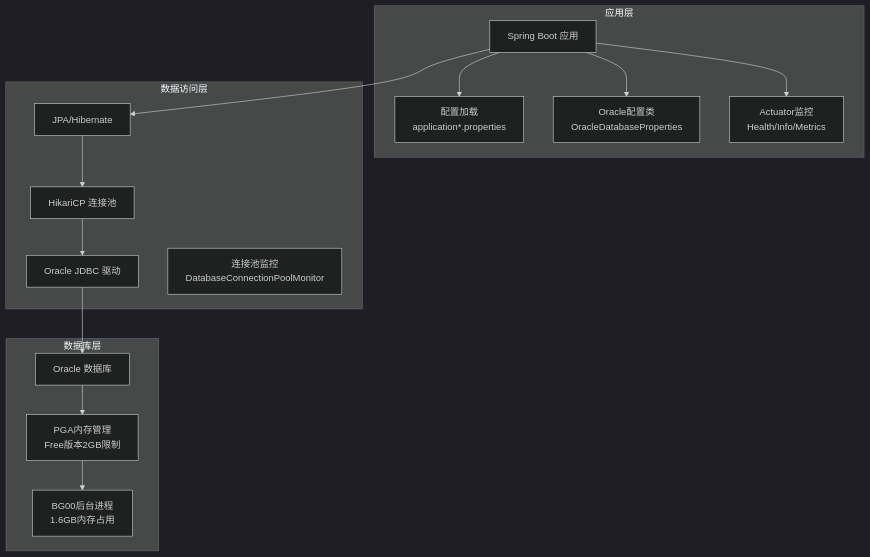
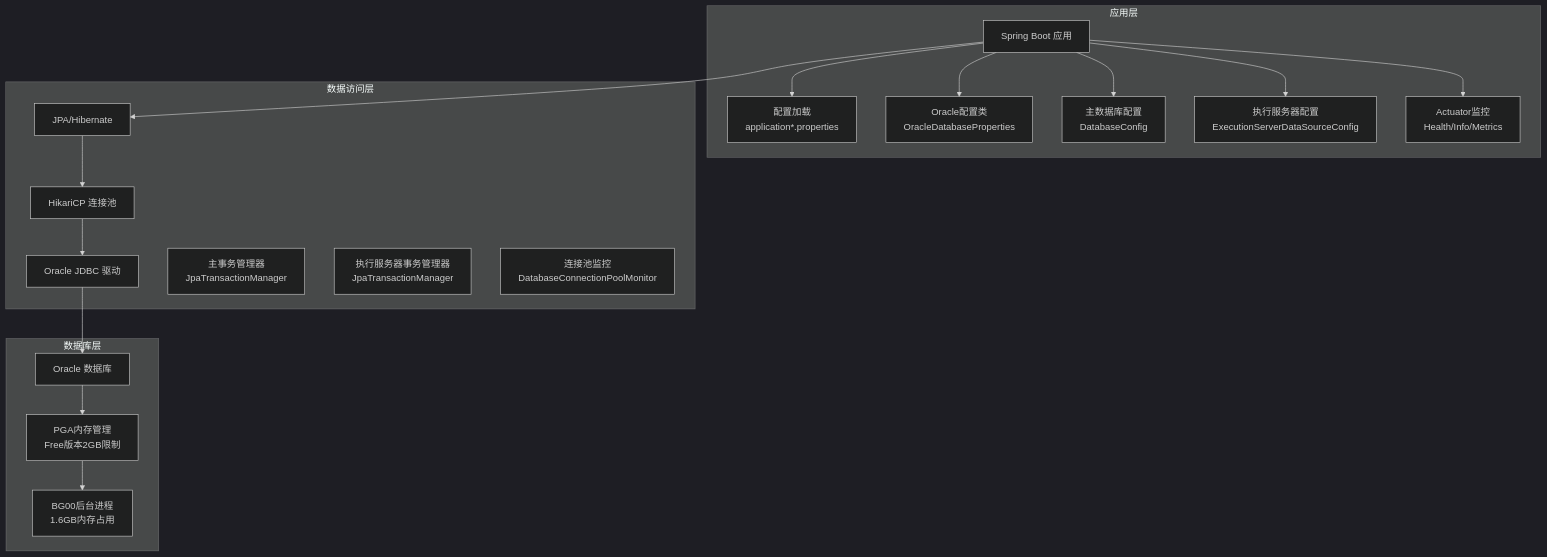
Before and after one commit to liuzh2008/med_ai_assistant_workspace: the second of 3 diagrams in .qoder/repowiki/zh/content/配置管理/数据库配置.md, drawn with Mermaid (dark theme). The commit also changed other lines of this file and 4 other files, not shown here.

````diff
--- a/.qoder/repowiki/zh/content/配置管理/数据库配置.md
+++ b/.qoder/repowiki/zh/content/配置管理/数据库配置.md
@@ -124,29 +144,35 @@
 ```mermaid
 graph TB
 subgraph "应用层"
 APP["Spring Boot 应用"]
 CFG["配置加载<br/>application*.properties"]
 ORACLE_CFG["Oracle配置类<br/>OracleDatabaseProperties"]
+DB_CONFIG["主数据库配置<br/>DatabaseConfig"]
+EXEC_CONFIG["执行服务器配置<br/>ExecutionServerDataSourceConfig"]
 ENDPOINT["Actuator监控<br/>Health/Info/Metrics"]
 end
 subgraph "数据访问层"
 JPA["JPA/Hibernate"]
 HIK["HikariCP 连接池"]
 DRV["Oracle JDBC 驱动"]
+TXN_MAIN["主事务管理器<br/>JpaTransactionManager"]
+TXN_EXEC["执行服务器事务管理器<br/>JpaTransactionManager"]
 MONITOR["连接池监控<br/>DatabaseConnectionPoolMonitor"]
 end
 subgraph "数据库层"
 ORA["Oracle 数据库"]
 PGA["PGA内存管理<br/>Free版本2GB限制"]
 BG00["BG00后台进程<br/>1.6GB内存占用"]
 end
 APP --> CFG
 APP --> ORACLE_CFG
+APP --> DB_CONFIG
+APP --> EXEC_CONFIG
 APP --> ENDPOINT
 APP --> JPA
 JPA --> HIK
 HIK --> DRV
 DRV --> ORA
 ORA --> PGA
 PGA --> BG00
 ```
````
